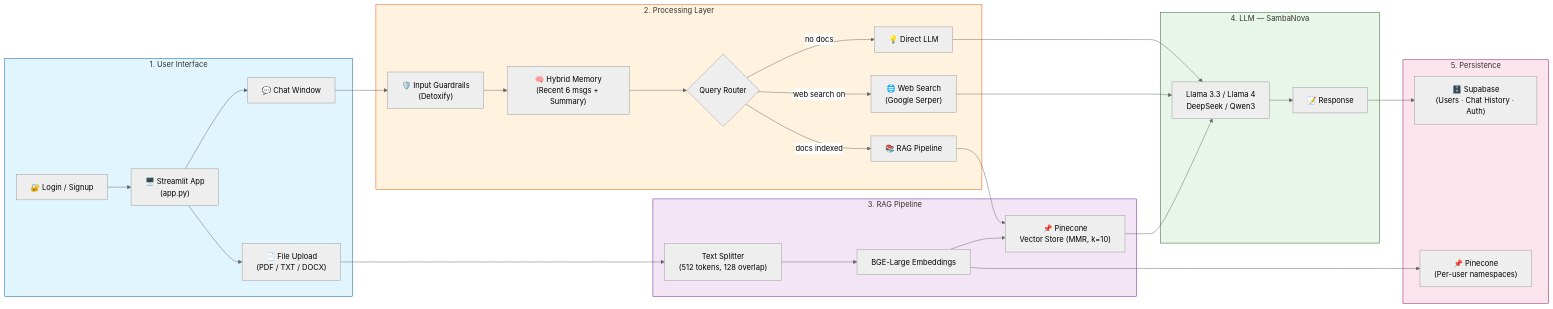
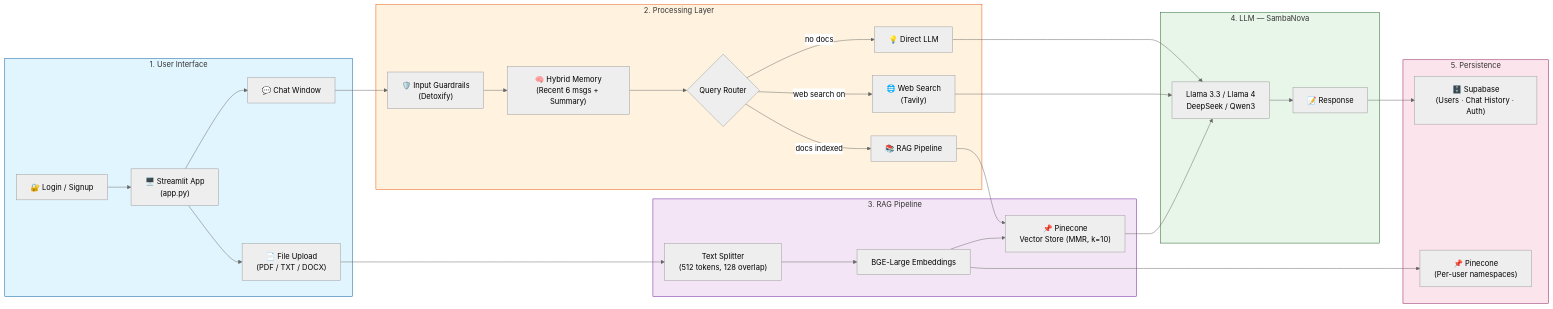
One commit to VIVPM/langchain_conversational_chatbot changed the diagram in README.md. Above: the diagram before and after it, drawn with Mermaid (neutral theme). The commit also changed other lines of this file and 6 other files, not shown here.

````diff
--- a/README.md
+++ b/README.md
@@ -7,45 +7,45 @@
 ```mermaid
 graph LR
     %% Input
     subgraph Input [1. User Interface]
         Login["🔐 Login / Signup"] --> UI["🖥️ Streamlit App<br>(app.py)"]
         UI --> Upload["📄 File Upload<br>(PDF / TXT / DOCX)"]
         UI --> Chat["💬 Chat Window"]
     end
 
     %% Processing
     subgraph Processing [2. Processing Layer]
         Chat --> Guard["🛡️ Input Guardrails<br>(Detoxify)"]
         Guard --> Memory["🧠 Hybrid Memory<br>(Recent 6 msgs + Summary)"]
         Memory --> Router{"Query Router"}
         Router -->|docs indexed| RAG["📚 RAG Pipeline"]
-        Router -->|web search on| Web["🌐 Web Search<br>(Google Serper)"]
+        Router -->|web search on| Web["🌐 Web Search<br>(Tavily)"]
         Router -->|no docs| Direct["💡 Direct LLM"]
     end
 
     %% RAG
     subgraph RAG_Pipeline [3. RAG Pipeline]
         Upload --> Chunk["Text Splitter<br>(512 tokens, 128 overlap)"]
         Chunk --> Embed["BGE-Large Embeddings"]
         Embed --> Pine["📌 Pinecone<br>Vector Store (MMR, k=10)"]
         RAG --> Pine
     end
 
     %% LLM
     subgraph LLM_Layer [4. LLM — SambaNova]
         Pine & Web & Direct --> LLM["Llama 3.3 / Llama 4<br>DeepSeek / Qwen3"]
         LLM --> Answer["📝 Response"]
     end
 
     %% Persistence
     subgraph Persistence [5. Persistence]
         Answer --> Supa["🗄️ Supabase<br>(Users · Chat History · Auth)"]
         Embed --> PineNS["📌 Pinecone<br>(Per-user namespaces)"]
     end
 
     style Input fill:#e1f5fe,stroke:#01579b
     style Processing fill:#fff3e0,stroke:#e65100
     style RAG_Pipeline fill:#f3e5f5,stroke:#6a1b9a
     style LLM_Layer fill:#e8f5e9,stroke:#1b5e20
     style Persistence fill:#fce4ec,stroke:#880e4f
 ```
````
